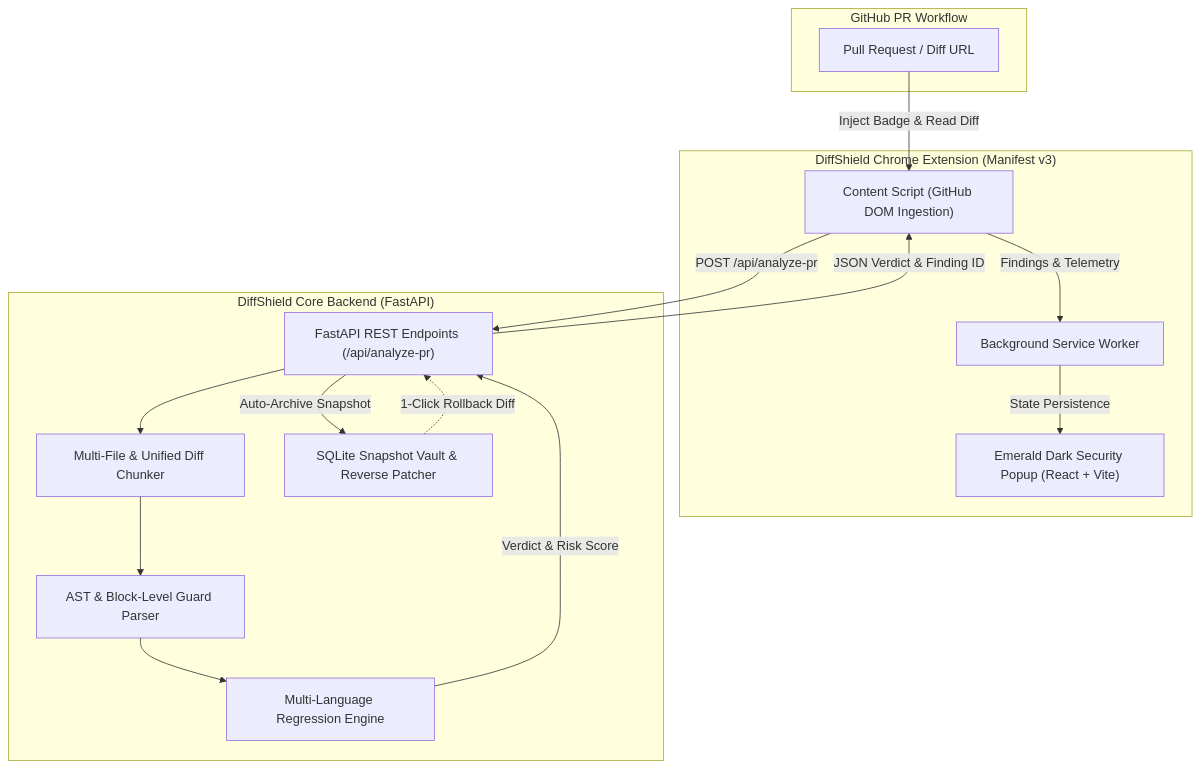
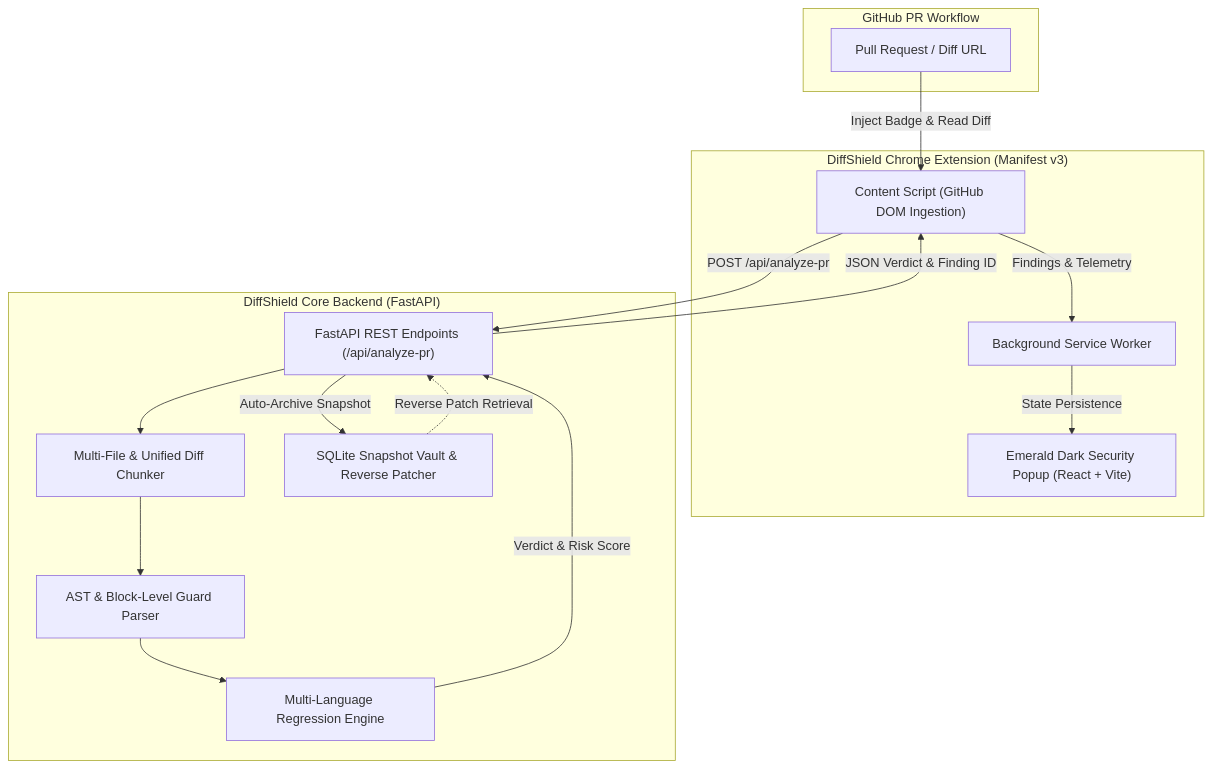
Before and after one commit to surbhi-0706/diff-shield: the diagram in README.md, drawn with Mermaid. The commit also changed other lines of this file and 11 other files, not shown here.

````diff
--- a/README.md
+++ b/README.md
@@ -55,32 +55,32 @@
 ```mermaid
 flowchart TD
     subgraph GitHub ["GitHub PR Workflow"]
         PR["Pull Request / Diff URL"]
     end
 
     subgraph Extension ["DiffShield Chrome Extension (Manifest v3)"]
         CS["Content Script (GitHub DOM Ingestion)"]
         SW["Background Service Worker"]
         UI["Emerald Dark Security Popup (React + Vite)"]
     end
 
     subgraph Backend ["DiffShield Core Backend (FastAPI)"]
         API["FastAPI REST Endpoints (/api/analyze-pr)"]
         Parser["Multi-File & Unified Diff Chunker"]
         BlockEng["AST & Block-Level Guard Parser"]
         RegEng["Multi-Language Regression Engine"]
         Vault["SQLite Snapshot Vault & Reverse Patcher"]
     end
 
     PR -->|Inject Badge & Read Diff| CS
     CS -->|Findings & Telemetry| SW
     SW -->|State Persistence| UI
     CS -->|POST /api/analyze-pr| API
     API --> Parser
     Parser --> BlockEng
     BlockEng --> RegEng
     RegEng -->|Verdict & Risk Score| API
     API -->|Auto-Archive Snapshot| Vault
-    Vault -.->|1-Click Rollback Diff| API
+    Vault -.->|Reverse Patch Retrieval| API
     API -->|JSON Verdict & Finding ID| CS
 ```
````
